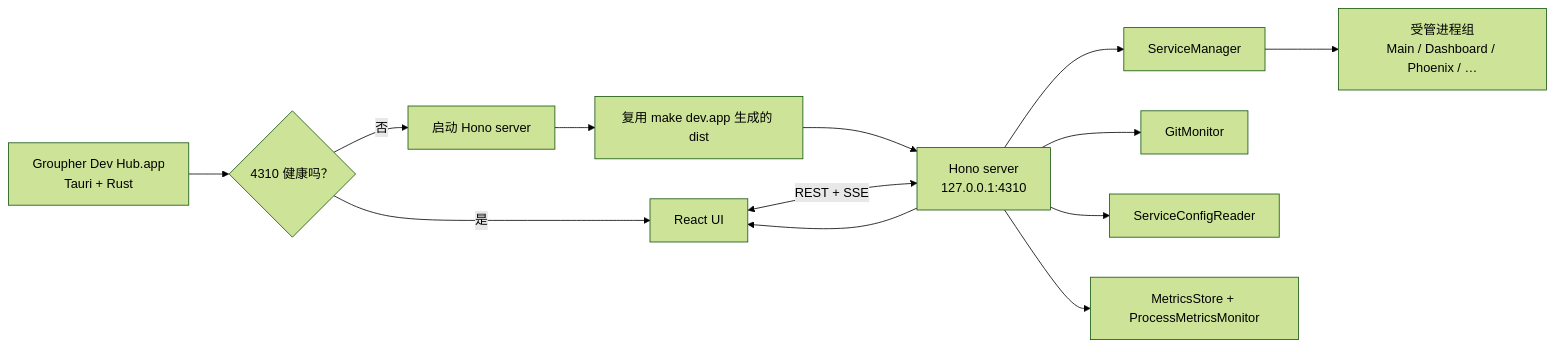
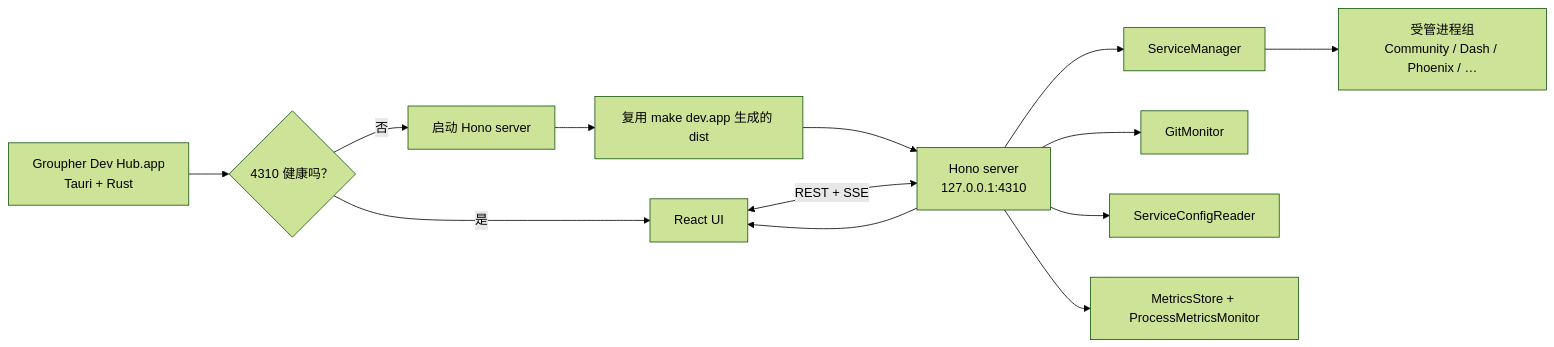
The diagram in local/dev-hub/README.md (groupher/groupher), drawn with Mermaid (forest theme) before and after one commit. The commit also changed other lines of this file and 2867 other files, not shown here.

````diff
--- a/local/dev-hub/README.md
+++ b/local/dev-hub/README.md
@@ -86,16 +86,16 @@
 ```mermaid
 flowchart LR
   App["Groupher Dev Hub.app<br/>Tauri + Rust"] --> Health{"4310 健康吗？"}
   Health -- "是" --> UI["React UI"]
   Health -- "否" --> Start["启动 Hono server"]
   Start --> Dist["复用 make dev.app 生成的 dist"]
   Dist --> Server["Hono server<br/>127.0.0.1:4310"]
   Server --> UI
 
   UI <-- "REST + SSE" --> Server
   Server --> Manager["ServiceManager"]
-  Manager --> Processes["受管进程组<br/>Main / Dashboard / Phoenix / …"]
+  Manager --> Processes["受管进程组<br/>Community / Dash / Phoenix / …"]
   Server --> Git["GitMonitor"]
   Server --> Config["ServiceConfigReader"]
   Server --> Metrics["MetricsStore + ProcessMetricsMonitor"]
 ```
````
